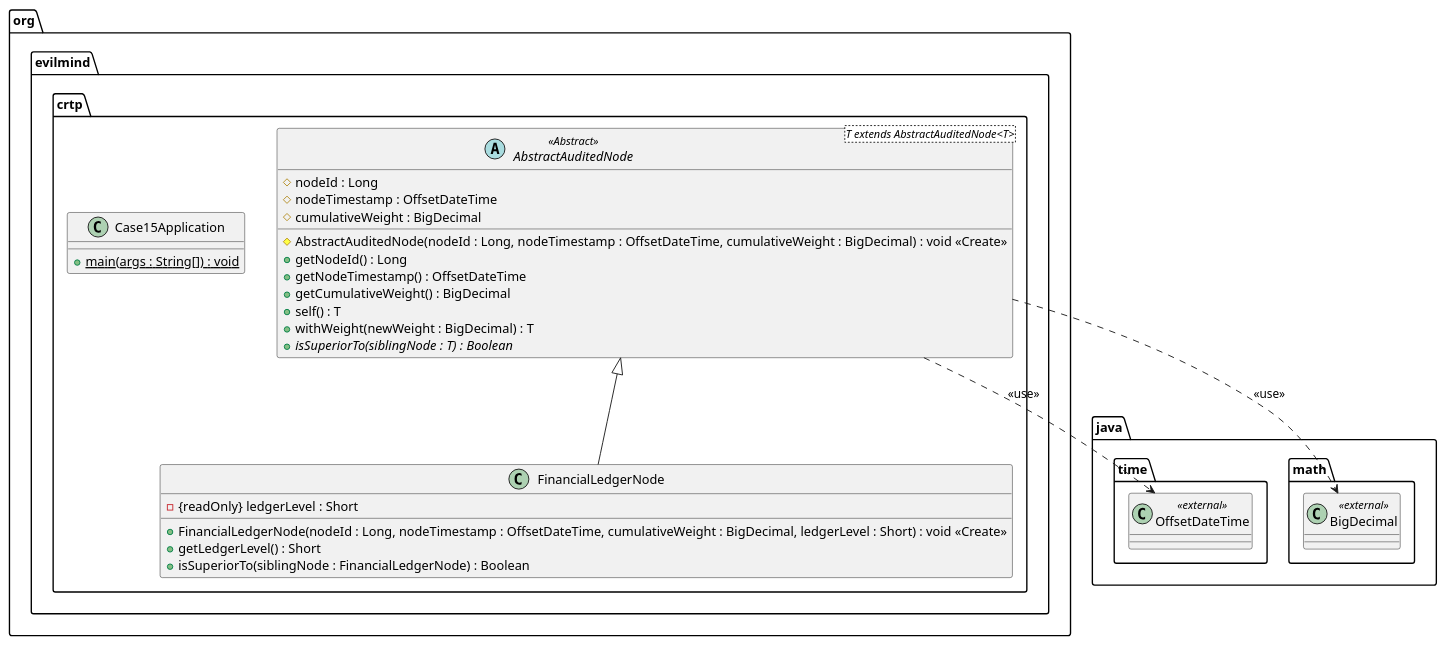
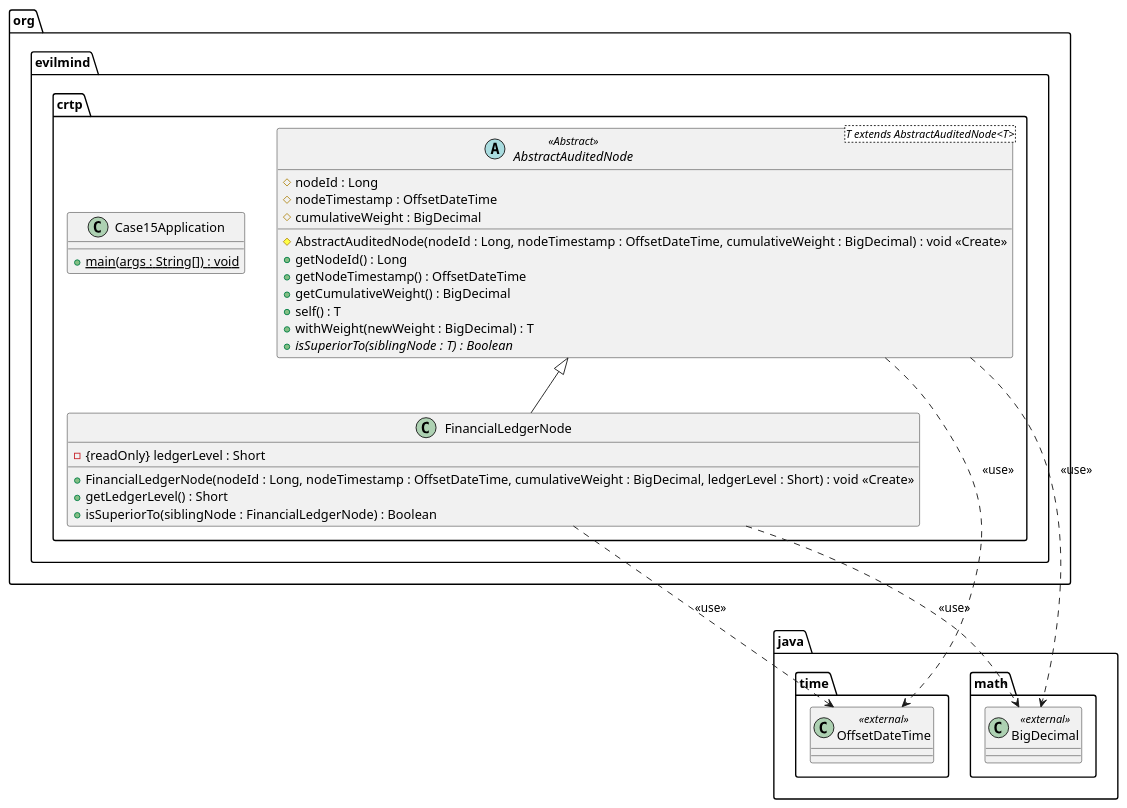
Before and after one commit to Pololo06/ProyectParser: the diagram in casos-generador/caso_15/src/clases.puml, drawn with PlantUML. The commit also changed 21 other files, not shown here.

```diff
--- a/casos-generador/caso_15/src/clases.puml
+++ b/casos-generador/caso_15/src/clases.puml
@@ -1,42 +1,44 @@
 @startuml
 
 package java.time {
     class OffsetDateTime <<external>> {
     }
 }
 
 package org.evilmind.crtp {
     class FinancialLedgerNode {
     -  {readOnly} ledgerLevel : Short
     +  FinancialLedgerNode(nodeId : Long, nodeTimestamp : OffsetDateTime, cumulativeWeight : BigDecimal, ledgerLevel : Short) : void <<Create>>
     +  getLedgerLevel() : Short
     +  isSuperiorTo(siblingNode : FinancialLedgerNode) : Boolean
     }
     abstract class AbstractAuditedNode<T extends AbstractAuditedNode<T>> <<Abstract>> {
     #  nodeId : Long
     #  nodeTimestamp : OffsetDateTime
     #  cumulativeWeight : BigDecimal
     #  AbstractAuditedNode(nodeId : Long, nodeTimestamp : OffsetDateTime, cumulativeWeight : BigDecimal) : void <<Create>>
     +  getNodeId() : Long
     +  getNodeTimestamp() : OffsetDateTime
     +  getCumulativeWeight() : BigDecimal
     +  self() : T
     +  withWeight(newWeight : BigDecimal) : T
     +  {abstract} isSuperiorTo(siblingNode : T) : Boolean
     }
     class Case15Application {
     +  {static} main(args : String[]) : void
     }
 }
 
 package java.math {
     class BigDecimal <<external>> {
     }
 }
 
 ' --- Grafo de relaciones ---
 org.evilmind.crtp.AbstractAuditedNode ..> java.math.BigDecimal : <<use>>
 org.evilmind.crtp.AbstractAuditedNode <|-- org.evilmind.crtp.FinancialLedgerNode
 org.evilmind.crtp.AbstractAuditedNode ..> java.time.OffsetDateTime : <<use>>
+org.evilmind.crtp.FinancialLedgerNode ..> java.time.OffsetDateTime : <<use>>
+org.evilmind.crtp.FinancialLedgerNode ..> java.math.BigDecimal : <<use>>
 
 @enduml
```
